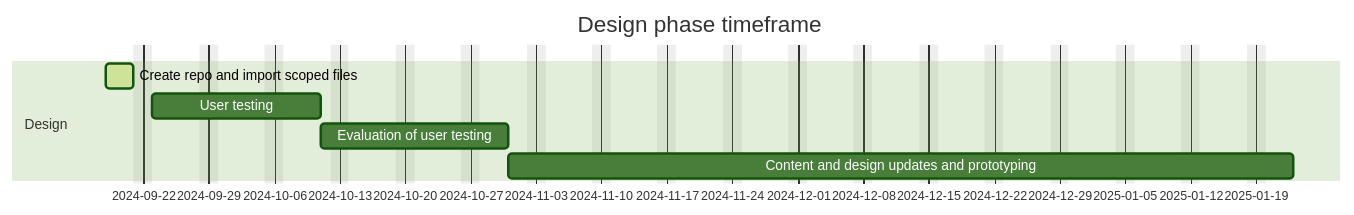
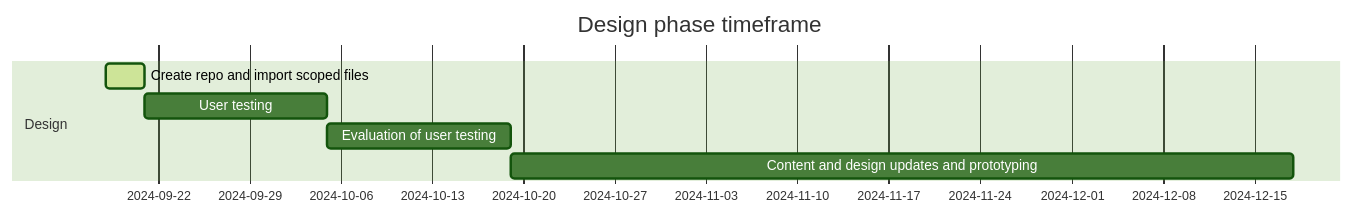
Before and after one commit to cra-proto/gst-hst-business: the first of 2 diagrams in README.md, drawn with Mermaid (forest theme).

````diff
--- a/README.md
+++ b/README.md
@@ -28,11 +28,10 @@
 ```mermaid
 gantt
     title Design phase timeframe
-    excludes weekends
     dateFormat  YYYY-MM-DD
     section Design
     Create repo and import scoped files :active, a1, 2024-09-18, 3d
     User testing :a2, after a1, 14d
     Evaluation of user testing :a3, after a2, 14d
     Content and design updates and prototyping :after a3, 60d
 ```
````
